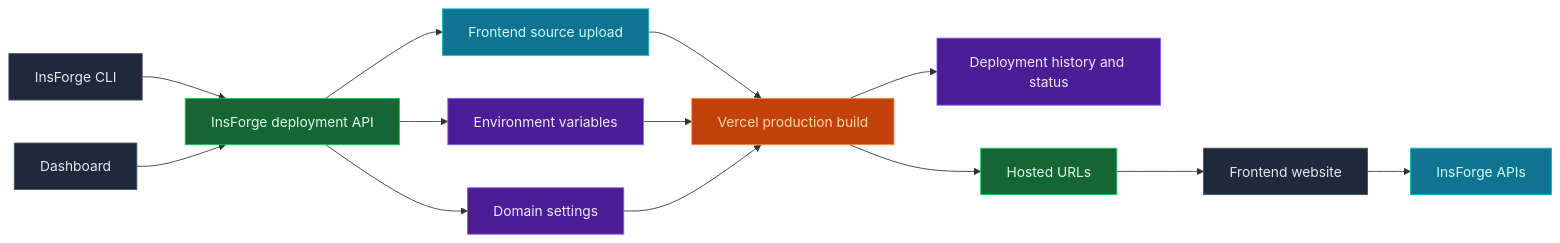
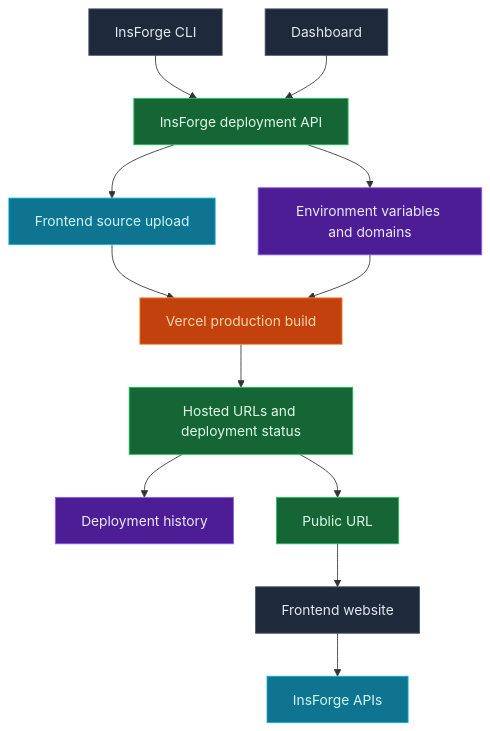
One commit to InsForge/InsForge changed the diagram in docs/core-concepts/deployments/overview.mdx. Above: the diagram before and after it, drawn with Mermaid. The commit also changed other lines of this file, not shown here.

Commit message:
Tune deployments docs layout

````diff
--- a/docs/core-concepts/deployments/overview.mdx
+++ b/docs/core-concepts/deployments/overview.mdx
@@ -17,30 +17,29 @@
 ```mermaid
-flowchart LR
+flowchart TB
     CLI[InsForge CLI] --> API[InsForge deployment API]
     Dashboard[Dashboard] --> API
 
     API --> Source[Frontend source upload]
-    API --> Env[Environment variables]
-    API --> Domains[Domain settings]
+    API --> Config[Environment variables and domains]
 
     Source --> Vercel[Vercel production build]
-    Env --> Vercel
-    Domains --> Vercel
+    Config --> Vercel
 
-    Vercel --> History[Deployment history and status]
-    Vercel --> URL[Hosted URLs]
+    Vercel --> Result[Hosted URLs and deployment status]
+    Result --> History[Deployment history]
+    Result --> URL[Public URL]
     URL --> App[Frontend website]
     App --> Project[InsForge APIs]
 
     style CLI fill:#1e293b,stroke:#475569,color:#e2e8f0
     style Dashboard fill:#1e293b,stroke:#475569,color:#e2e8f0
     style API fill:#166534,stroke:#22c55e,color:#dcfce7
     style Source fill:#0e7490,stroke:#06b6d4,color:#cffafe
-    style Env fill:#4c1d95,stroke:#8b5cf6,color:#ede9fe
-    style Domains fill:#4c1d95,stroke:#8b5cf6,color:#ede9fe
+    style Config fill:#4c1d95,stroke:#8b5cf6,color:#ede9fe
     style Vercel fill:#c2410c,stroke:#fb923c,color:#fed7aa
+    style Result fill:#166534,stroke:#22c55e,color:#dcfce7
     style History fill:#4c1d95,stroke:#8b5cf6,color:#ede9fe
     style URL fill:#166534,stroke:#22c55e,color:#dcfce7
     style App fill:#1e293b,stroke:#475569,color:#e2e8f0
     style Project fill:#0e7490,stroke:#06b6d4,color:#cffafe
 ```
````
